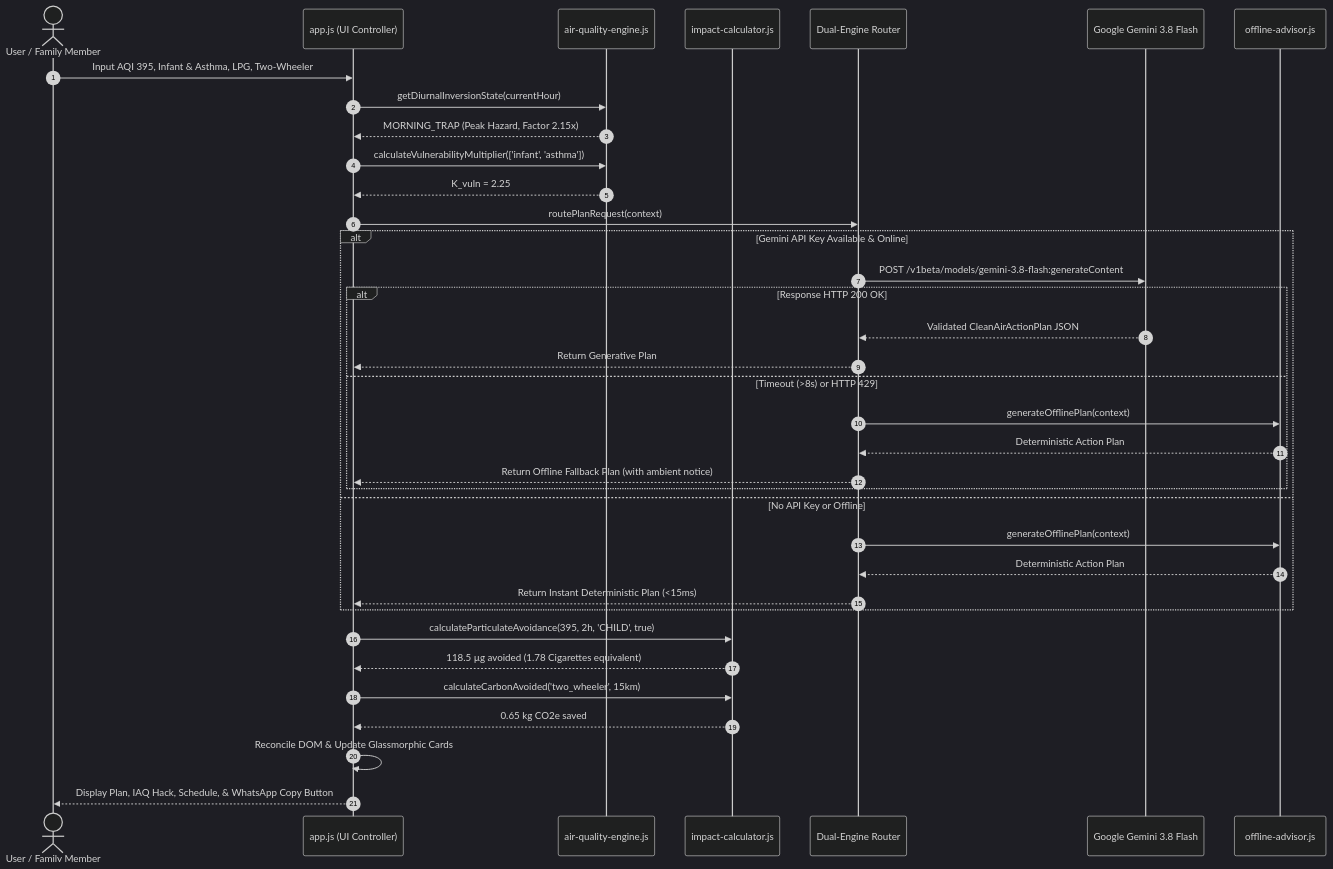
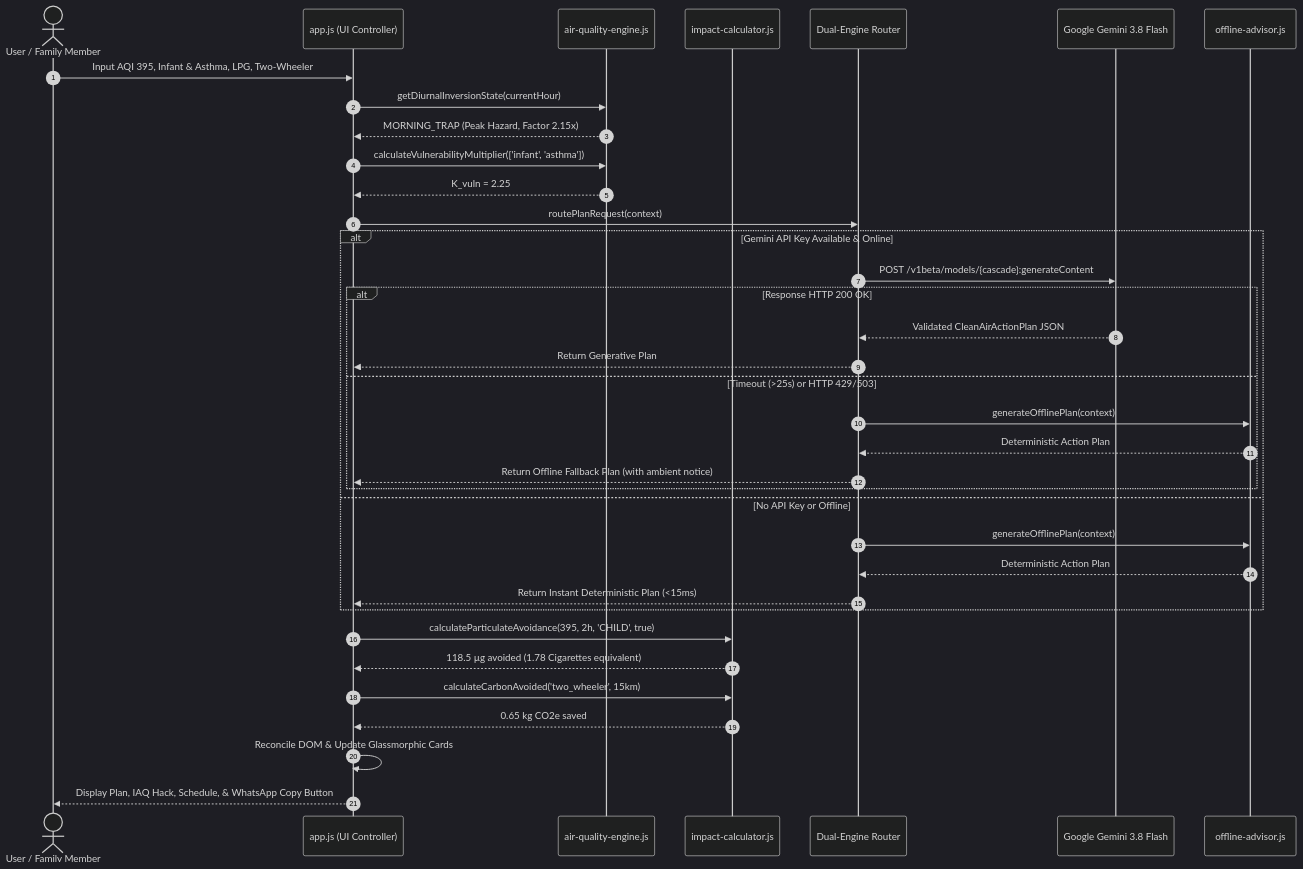
The diagram in uml/04-decision-sequence.mmd (piyushmakhija28/prompt-war-challenge-6-clean-air-assistant), drawn with Mermaid (dark theme) before and after one commit. The commit also changed 42 other files, not shown here.

Commit message:
docs(uml): synchronize doc-to-code gaps and generate full 14-diagram UML and Draw.io architecture suites (closes #1)

```diff
--- a/uml/04-decision-sequence.mmd
+++ b/uml/04-decision-sequence.mmd
@@ -1,40 +1,40 @@
 %% Sequence Diagram: User Context to Dual-Engine Clean Air Plan
 sequenceDiagram
     autonumber
     actor User as User / Family Member
     participant UI as app.js (UI Controller)
     participant Engine as air-quality-engine.js
     participant Calc as impact-calculator.js
     participant Router as Dual-Engine Router
     participant Gemini as Google Gemini 3.8 Flash
     participant Offline as offline-advisor.js
 
     User->>UI: Input AQI 395, Infant & Asthma, LPG, Two-Wheeler
     UI->>Engine: getDiurnalInversionState(currentHour)
     Engine-->>UI: MORNING_TRAP (Peak Hazard, Factor 2.15x)
     UI->>Engine: calculateVulnerabilityMultiplier(['infant', 'asthma'])
     Engine-->>UI: K_vuln = 2.25
 
     UI->>Router: routePlanRequest(context)
     alt Gemini API Key Available & Online
-        Router->>Gemini: POST /v1beta/models/gemini-3.8-flash:generateContent
+        Router->>Gemini: POST /v1beta/models/{cascade}:generateContent
         alt Response HTTP 200 OK
             Gemini-->>Router: Validated CleanAirActionPlan JSON
             Router-->>UI: Return Generative Plan
-        else Timeout (>8s) or HTTP 429
+        else Timeout (>25s) or HTTP 429/503
             Router->>Offline: generateOfflinePlan(context)
             Offline-->>Router: Deterministic Action Plan
             Router-->>UI: Return Offline Fallback Plan (with ambient notice)
         end
     else No API Key or Offline
         Router->>Offline: generateOfflinePlan(context)
         Offline-->>Router: Deterministic Action Plan
         Router-->>UI: Return Instant Deterministic Plan (<15ms)
     end
 
     UI->>Calc: calculateParticulateAvoidance(395, 2h, 'CHILD', true)
     Calc-->>UI: 118.5 µg avoided (1.78 Cigarettes equivalent)
     UI->>Calc: calculateCarbonAvoided('two_wheeler', 15km)
     Calc-->>UI: 0.65 kg CO2e saved
     UI->>UI: Reconcile DOM & Update Glassmorphic Cards
     UI-->>User: Display Plan, IAQ Hack, Schedule, & WhatsApp Copy Button
```
